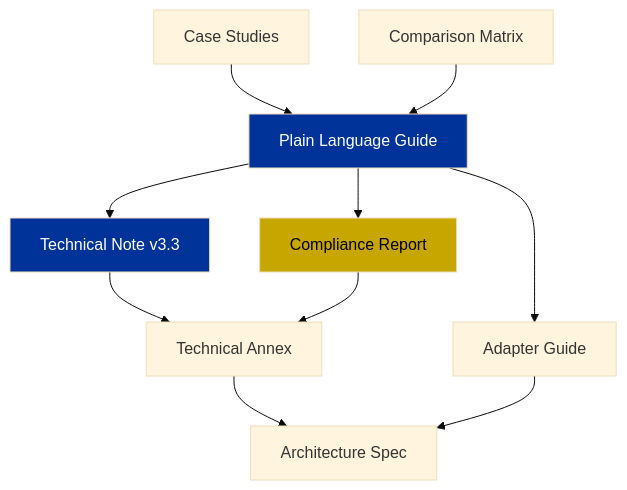
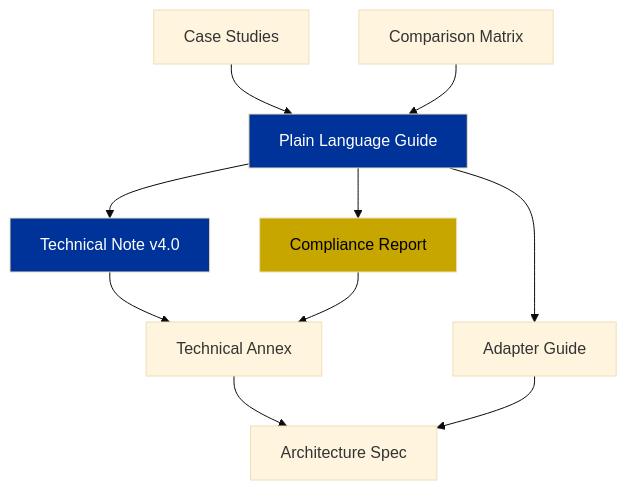
Before and after one commit to MetricProvenance/odgs-protocol: the diagram in 2_INFORMATIVE_REFERENCE/architecture/index.md, drawn with Mermaid (base theme). The commit also changed other lines of this file and 35 other files, not shown here.

````diff
--- a/2_INFORMATIVE_REFERENCE/architecture/index.md
+++ b/2_INFORMATIVE_REFERENCE/architecture/index.md
@@ -57,16 +57,16 @@
 ```mermaid
 graph TD
-    ELI5["Plain Language Guide"] --> TN["Technical Note v3.3"]
+    ELI5["Plain Language Guide"] --> TN["Technical Note v4.0"]
     ELI5 --> AG["Adapter Guide"]
     ELI5 --> CR["Compliance Report"]
     TN --> TA["Technical Annex"]
     TA --> ARCH["Architecture Spec"]
     CR --> TA
     AG --> ARCH
     CS["Case Studies"] --> ELI5
     CM["Comparison Matrix"] --> ELI5
 
     style ELI5 fill:#003399,color:#fff
     style TN fill:#003399,color:#fff
     style CR fill:#c7a600,color:#000
 ```
````
